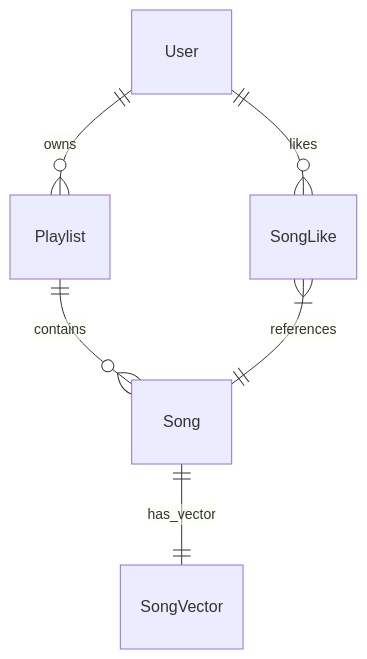
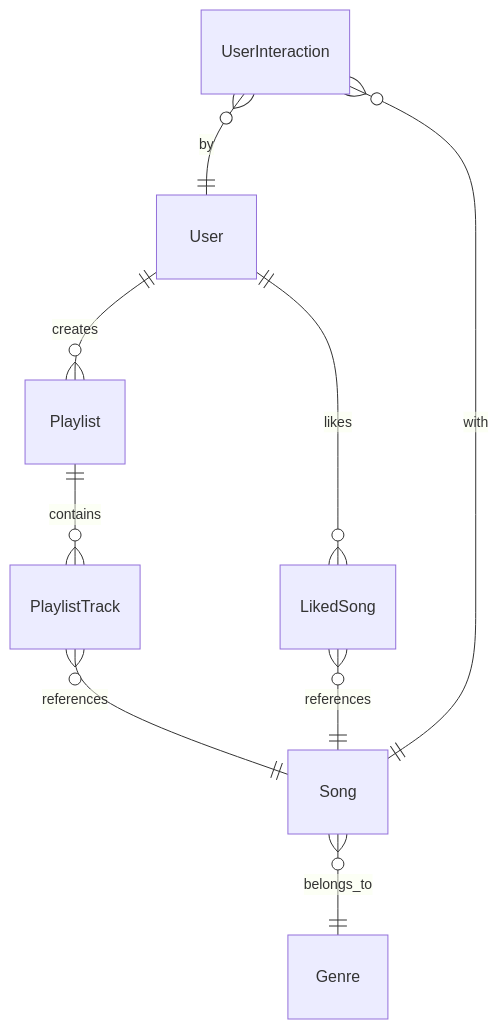
One commit to SOV710/RhythmFusion changed the third of 6 diagrams in docs/backend/index.md. Above: the diagram before and after it, drawn with Mermaid. The commit also changed other lines of this file and 5 other files, not shown here.

````diff
--- a/docs/backend/index.md
+++ b/docs/backend/index.md
@@ -92,8 +130,11 @@
 ```mermaid
 erDiagram
-    User ||--o{ Playlist : owns
-    Playlist ||--o{ Song : contains
-    User ||--o{ SongLike : likes
-    SongLike }|--|| Song : references
-    Song ||--|| SongVector : has_vector
+    User ||--o{ Playlist : creates
+    User ||--o{ LikedSong : likes
+    Playlist ||--o{ PlaylistTrack : contains
+    PlaylistTrack }o--|| Song : references
+    LikedSong }o--|| Song : references
+    Song }o--|| Genre : belongs_to
+    UserInteraction }o--|| User : by
+    UserInteraction }o--|| Song : with
 ```
````
